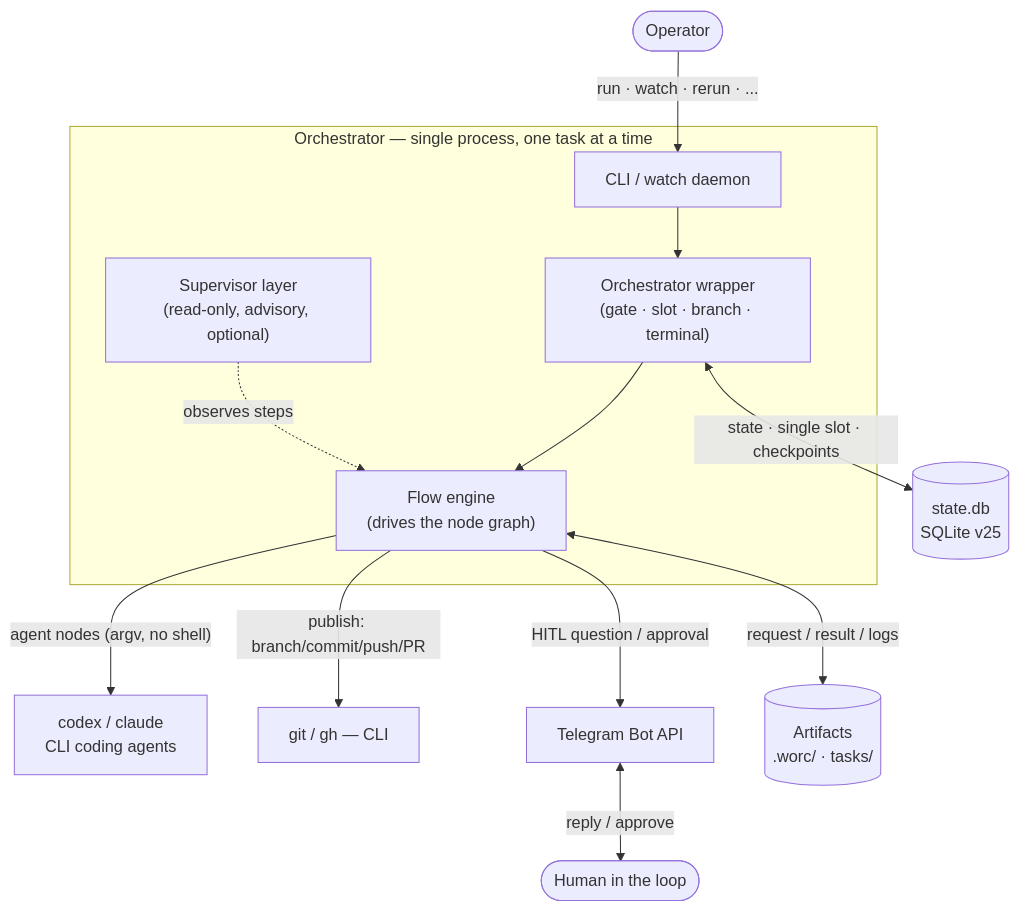
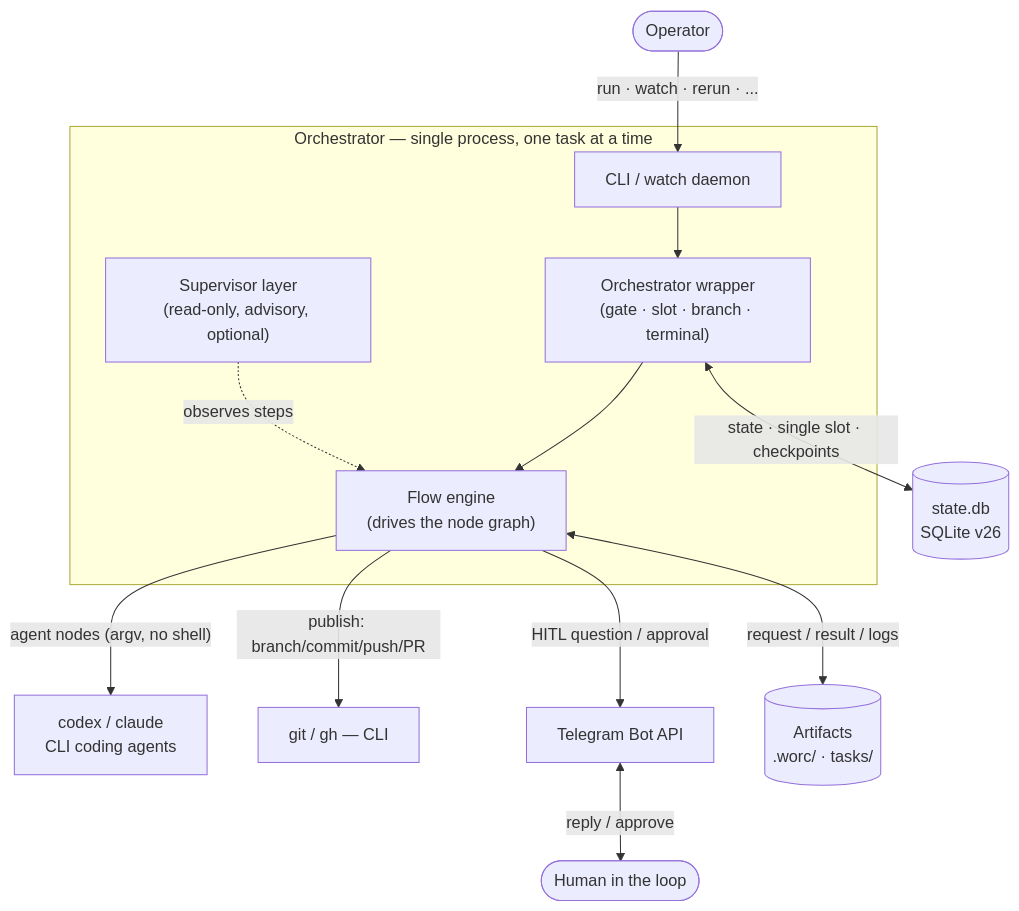
The first of 3 diagrams in docs/worc_architecture.md (VladimirMakarevich/wastech-orchestrator), drawn with Mermaid before and after one commit. The commit also changed other lines of this file and 8 other files, not shown here.

````diff
--- a/docs/worc_architecture.md
+++ b/docs/worc_architecture.md
@@ -30,28 +30,28 @@
 ```mermaid
 flowchart TB
     operator(["Operator"])
     human(["Human in the loop"])
 
     subgraph orc["Orchestrator — single process, one task at a time"]
         cli["CLI / watch daemon"]
         wrap["Orchestrator wrapper<br/>(gate · slot · branch · terminal)"]
         engine["Flow engine<br/>(drives the node graph)"]
         sup["Supervisor layer<br/>(read-only, advisory, optional)"]
         cli --> wrap --> engine
         sup -. observes steps .-> engine
     end
 
     agents["codex / claude<br/>CLI coding agents"]
     vcs["git / gh — CLI"]
     tg["Telegram Bot API"]
-    db[("state.db<br/>SQLite v25")]
+    db[("state.db<br/>SQLite v26")]
     art[("Artifacts<br/>.worc/ · tasks/")]
 
     operator -->|"run · watch · rerun · ..."| cli
     engine -->|"agent nodes (argv, no shell)"| agents
     engine -->|"publish: branch/commit/push/PR"| vcs
     engine -->|"HITL question / approval"| tg
     tg <-->|"reply / approve"| human
     wrap <-->|"state · single slot · checkpoints"| db
     engine <-->|"request / result / logs"| art
 ```
````
